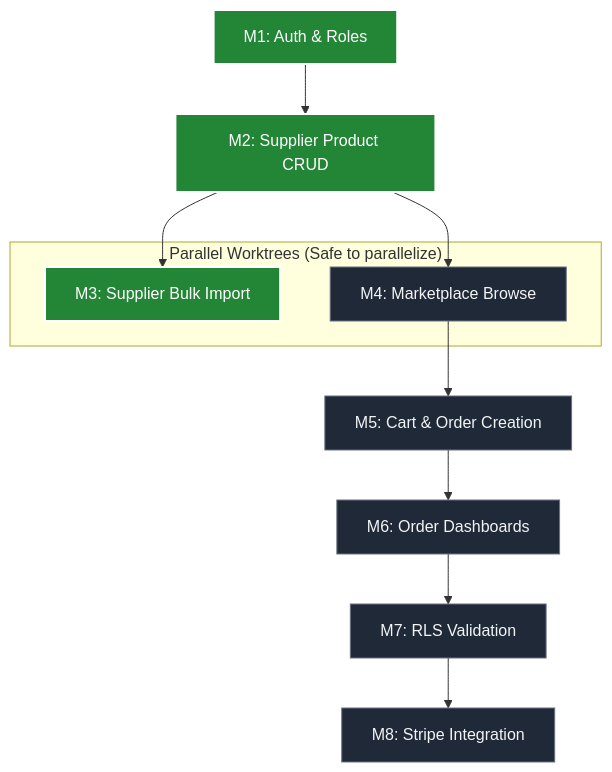
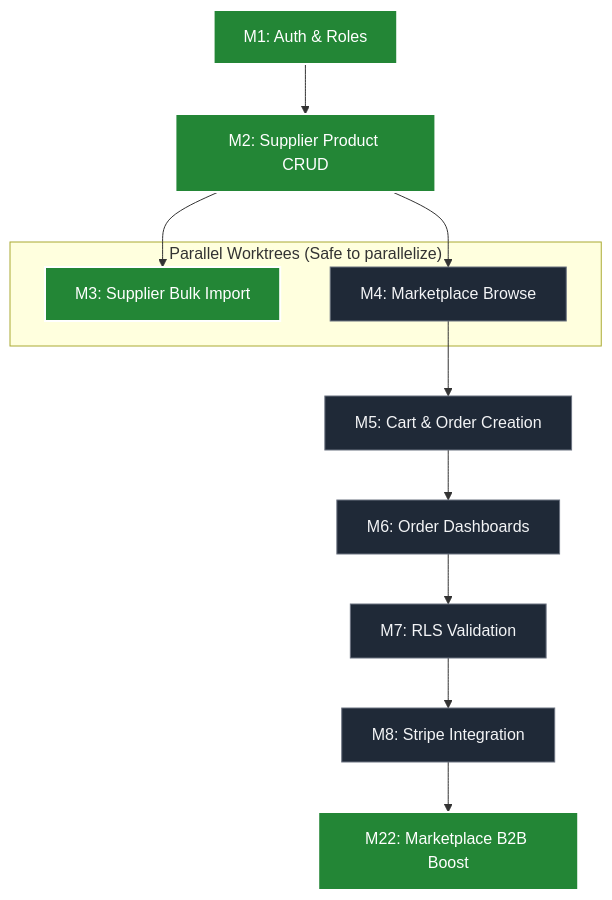
One commit to ai-huevos/Xbouquet changed the diagram in docs/PLAN.md. Above: the diagram before and after it, drawn with Mermaid. The commit also changed 2 other files, not shown here.

Commit message:
chore: sync M22 architecture and plans

````diff
--- a/docs/PLAN.md
+++ b/docs/PLAN.md
@@ -14,22 +14,23 @@
 ```mermaid
 graph TD
     classDef complete fill:#238636,stroke:#fff,stroke-width:2px,color:#fff;
     classDef inprogress fill:#dbab0a,stroke:#fff,stroke-width:2px,color:#000;
     classDef pending fill:#1f2937,stroke:#6b7280,stroke-width:1px,color:#f3f4f6;
 
     M1["M1: Auth & Roles"]:::complete --> M2["M2: Supplier Product CRUD"]:::complete
     
     %% Parallel execution routing
     M2 --> M3["M3: Supplier Bulk Import"]:::complete
     M2 --> M4["M4: Marketplace Browse"]:::pending
     
     M4 --> M5["M5: Cart & Order Creation"]:::pending
     M5 --> M6["M6: Order Dashboards"]:::pending
     M6 --> M7["M7: RLS Validation"]:::pending
     M7 --> M8["M8: Stripe Integration"]:::pending
+    M8 --> M22["M22: Marketplace B2B Boost"]:::complete
 
     subgraph "Parallel Worktrees (Safe to parallelize)"
         M3
         M4
     end
 ```
````
